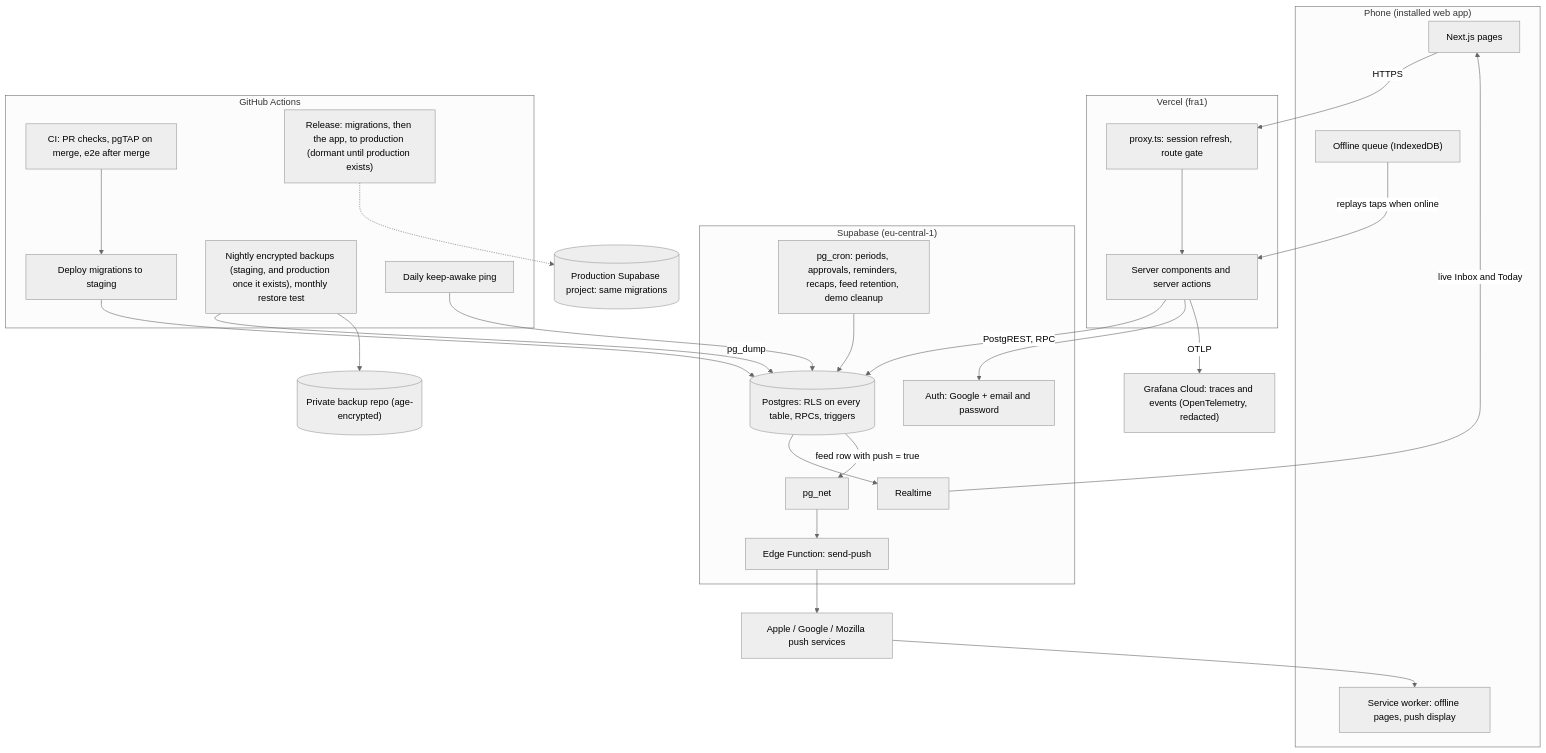
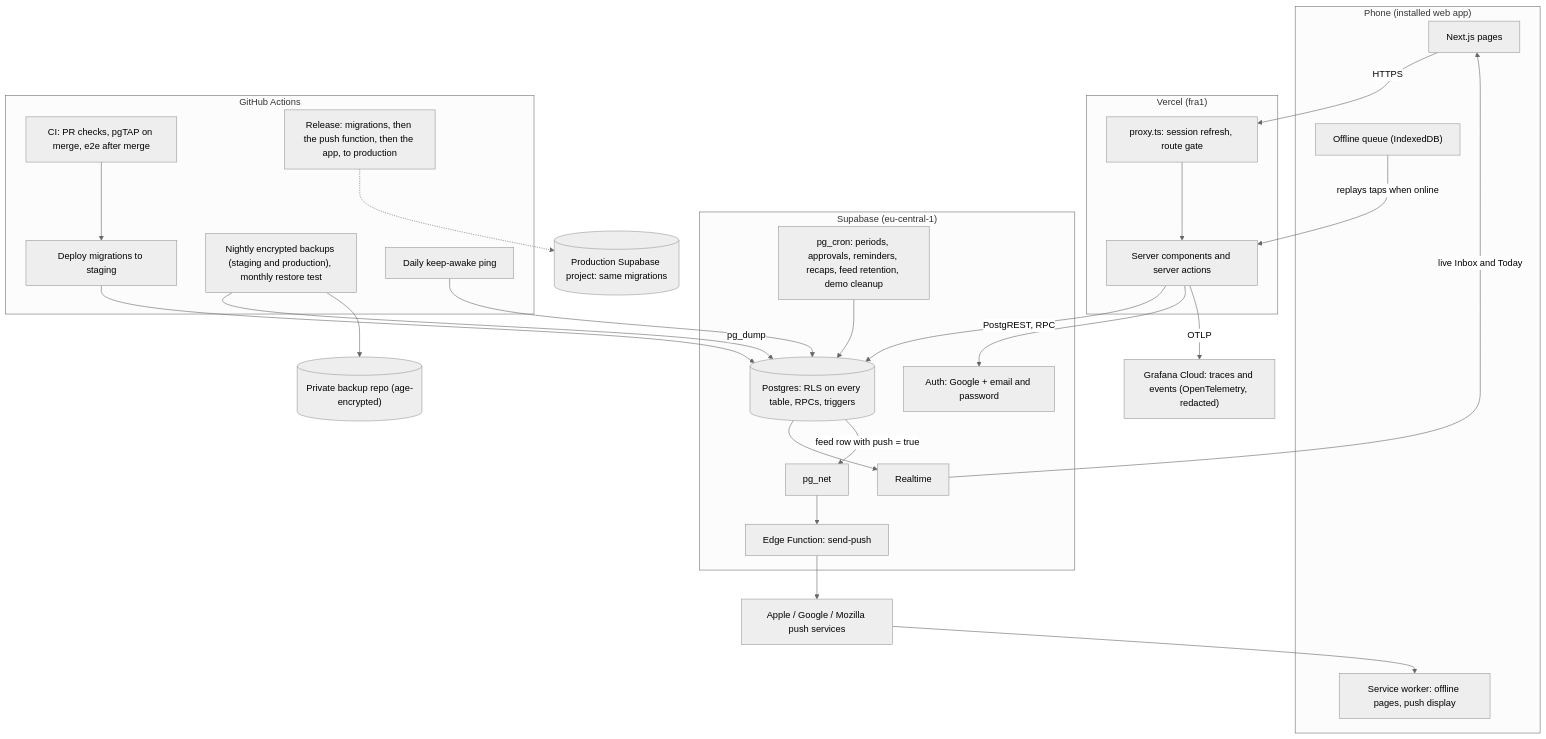
Before and after one commit to naum-4ik/keepup: the first of 4 diagrams in docs/architecture.md, drawn with Mermaid (neutral theme). The commit also changed other lines of this file and 12 other files, not shown here.

````diff
--- a/docs/architecture.md
+++ b/docs/architecture.md
@@ -7,43 +7,43 @@
 ```mermaid
 flowchart TB
     subgraph Phone["Phone (installed web app)"]
         UI["Next.js pages"]
         SW["Service worker: offline pages, push display"]
         Q["Offline queue (IndexedDB)"]
     end
     subgraph Vercel["Vercel (fra1)"]
         Proxy["proxy.ts: session refresh, route gate"]
         Fn["Server components and server actions"]
     end
     subgraph Supabase["Supabase (eu-central-1)"]
         Auth["Auth: Google + email and password"]
         PG[("Postgres: RLS on every table, RPCs, triggers")]
         RT["Realtime"]
         Cron["pg_cron: periods, approvals, reminders, recaps, feed retention, demo cleanup"]
         Net["pg_net"]
         Push["Edge Function: send-push"]
     end
     PushSvc["Apple / Google / Mozilla push services"]
     subgraph GitHub["GitHub Actions"]
         CI["CI: PR checks, pgTAP on merge, e2e after merge"]
         Deploy["Deploy migrations to staging"]
-        Release["Release: migrations, then the app, to production (dormant until production exists)"]
-        Backup["Nightly encrypted backups (staging, and production once it exists), monthly restore test"]
+        Release["Release: migrations, then the push function, then the app, to production"]
+        Backup["Nightly encrypted backups (staging and production), monthly restore test"]
         Keep["Daily keep-awake ping"]
     end
     Vault[("Private backup repo (age-encrypted)")]
     Grafana["Grafana Cloud: traces and events (OpenTelemetry, redacted)"]
 
     UI -->|HTTPS| Proxy --> Fn -->|PostgREST, RPC| PG
     Fn --> Auth
     Q -->|replays taps when online| Fn
     PG --> RT -->|live Inbox and Today| UI
     Cron --> PG
     PG -->|feed row with push = true| Net --> Push --> PushSvc --> SW
     CI --> Deploy --> PG
     Release -.-> ProdDB[("Production Supabase project: same migrations")]
     Fn -->|OTLP| Grafana
     Backup -->|pg_dump| PG
     Backup --> Vault
     Keep --> PG
 ```
````
